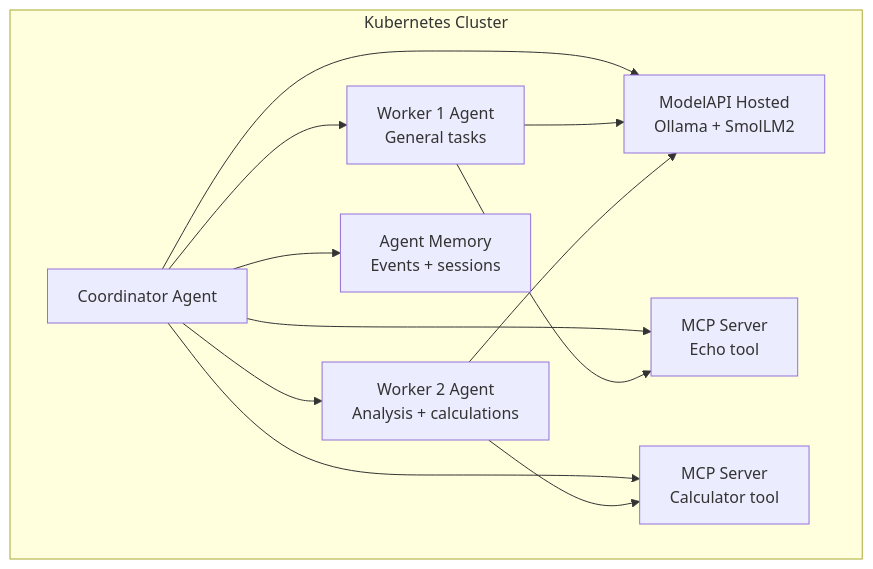
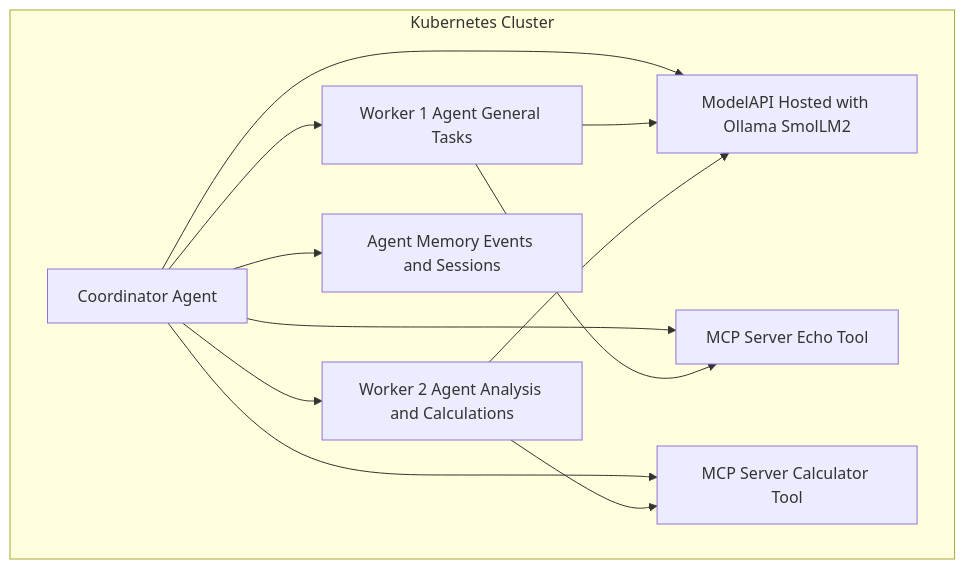
Before and after one commit to tirth1263/kaos-starter: the diagram in docs/architecture.md, drawn with Mermaid. The commit also changed other lines of this file and 1 other file, not shown here.

Commit message:
Fix GitHub Mermaid rendering

````diff
--- a/docs/architecture.md
+++ b/docs/architecture.md
@@ -7,23 +7,23 @@
 ```mermaid
 flowchart TB
-    subgraph kube["Kubernetes Cluster"]
-        model["ModelAPI Hosted\nOllama + SmolLM2"]
-        coordinator["Coordinator Agent"]
-        worker1["Worker 1 Agent\nGeneral tasks"]
-        worker2["Worker 2 Agent\nAnalysis + calculations"]
-        echo["MCP Server\nEcho tool"]
-        calc["MCP Server\nCalculator tool"]
-        memory["Agent Memory\nEvents + sessions"]
+    subgraph kube[Kubernetes Cluster]
+        model[ModelAPI Hosted with Ollama SmolLM2]
+        coordinator[Coordinator Agent]
+        worker1[Worker 1 Agent General Tasks]
+        worker2[Worker 2 Agent Analysis and Calculations]
+        echo[MCP Server Echo Tool]
+        calc[MCP Server Calculator Tool]
+        memory[Agent Memory Events and Sessions]
     end
 
     coordinator --> worker1
     coordinator --> worker2
     coordinator --> echo
     coordinator --> calc
     worker1 --> echo
     worker2 --> calc
     coordinator --> model
     worker1 --> model
     worker2 --> model
     coordinator --> memory
 ```
````
